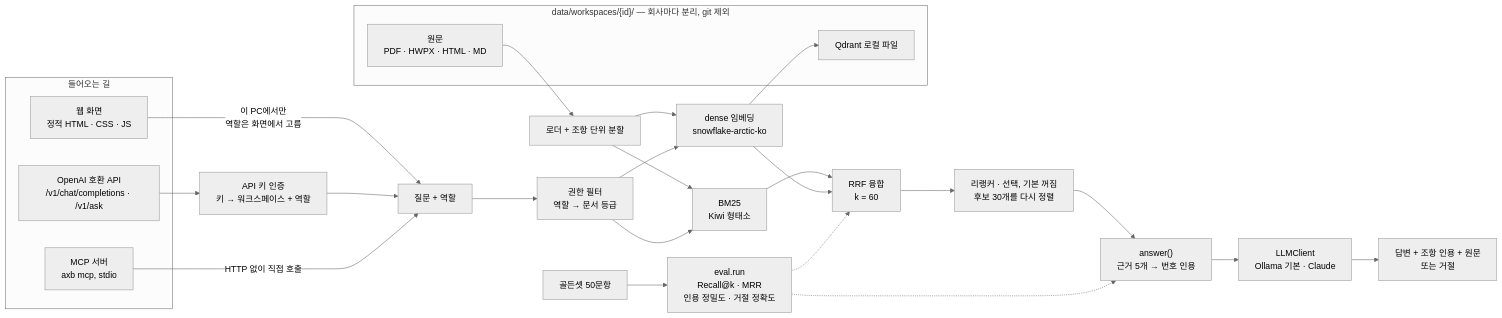
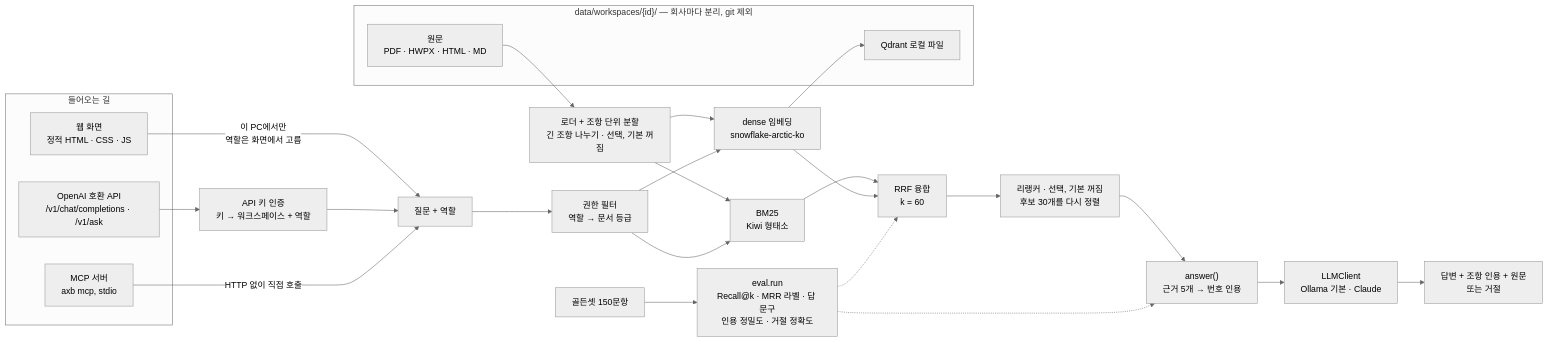
One commit to Growcompany/ax-assistant-builder changed the diagram in README.md. Above: the diagram before and after it, drawn with Mermaid (neutral theme). The commit also changed other lines of this file and 1 other file, not shown here.

````diff
--- a/README.md
+++ b/README.md
@@ -216,32 +220,32 @@
 ```mermaid
 flowchart LR
     subgraph IN["들어오는 길"]
         UI["웹 화면<br/>정적 HTML · CSS · JS"]
         V1["OpenAI 호환 API<br/>/v1/chat/completions · /v1/ask"]
         MCP["MCP 서버<br/>axb mcp, stdio"]
     end
     UI -->|"이 PC에서만<br/>역할은 화면에서 고름"| Q
     V1 --> KEY["API 키 인증<br/>키 → 워크스페이스 + 역할"]
     KEY --> Q
     MCP -->|"HTTP 없이 직접 호출"| Q
     subgraph WS["data/workspaces/{id}/ — 회사마다 분리, git 제외"]
         RAW["원문<br/>PDF · HWPX · HTML · MD"]
         IDX["Qdrant 로컬 파일"]
     end
-    RAW --> CHUNK["로더 + 조항 단위 분할"]
+    RAW --> CHUNK["로더 + 조항 단위 분할<br/>긴 조항 나누기 · 선택, 기본 꺼짐"]
     CHUNK --> BM25["BM25<br/>Kiwi 형태소"]
     CHUNK --> DENSE["dense 임베딩<br/>snowflake-arctic-ko"]
     DENSE --> IDX
     Q["질문 + 역할"] --> ACL["권한 필터<br/>역할 → 문서 등급"]
     ACL --> BM25
     ACL --> DENSE
     BM25 --> RRF["RRF 융합<br/>k = 60"]
     DENSE --> RRF
     RRF --> RERANK["리랭커 · 선택, 기본 꺼짐<br/>후보 30개를 다시 정렬"]
     RERANK --> ANS["answer()<br/>근거 5개 → 번호 인용"]
     ANS --> LLM["LLMClient<br/>Ollama 기본 · Claude"]
     LLM --> OUT["답변 + 조항 인용 + 원문<br/>또는 거절"]
-    GOLD["골든셋 50문항"] --> EVAL["eval.run<br/>Recall@k · MRR<br/>인용 정밀도 · 거절 정확도"]
+    GOLD["골든셋 150문항"] --> EVAL["eval.run<br/>Recall@k · MRR 라벨 · 답 문구<br/>인용 정밀도 · 거절 정확도"]
     EVAL -.-> RRF
     EVAL -.-> ANS
 ```
````
